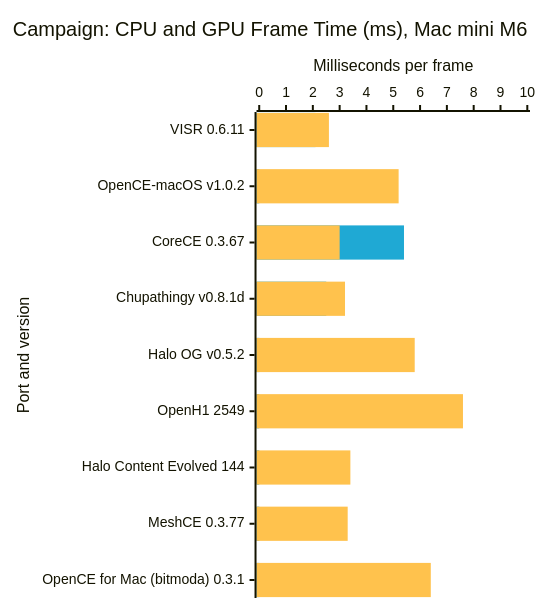
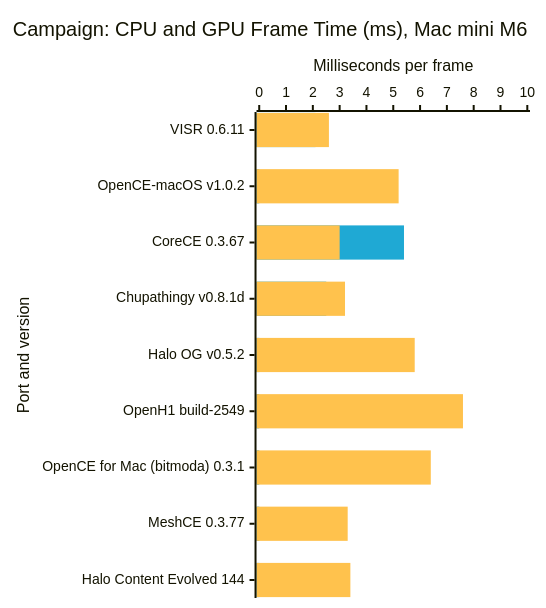
Before and after one commit to VISR-CE/visr: the first of 8 diagrams in docs/benchmarks.md, drawn with Mermaid. The commit also changed other lines of this file and 11 other files, not shown here.

First line of the commit message:
🐛 fix(bench): fix review blockers — LF endings, an OpenH1 release link, no public VISR control row; check bytes and every port

````diff
--- a/docs/benchmarks.md
+++ b/docs/benchmarks.md
@@ -19,17 +19,17 @@
 ```mermaid
 ---
 config:
   xyChart:
     width: 520
     height: 588
   themeVariables:
     xyChart:
       plotColorPalette: "#1fa9d4, #ffc24d"
 ---
 xychart-beta horizontal
     title "Campaign: CPU and GPU Frame Time (ms), Mac mini M6"
-    x-axis "Port and version" ["VISR 0.6.11", "OpenCE-macOS v1.0.2", "CoreCE 0.3.67", "Chupathingy v0.8.1d", "Halo OG v0.5.2", "OpenH1 2549", "Halo Content Evolved 144", "MeshCE 0.3.77", "OpenCE for Mac (bitmoda) 0.3.1"]
+    x-axis "Port and version" ["VISR 0.6.11", "OpenCE-macOS v1.0.2", "CoreCE 0.3.67", "Chupathingy v0.8.1d", "Halo OG v0.5.2", "OpenH1 build-2549", "OpenCE for Mac (bitmoda) 0.3.1", "MeshCE 0.3.77", "Halo Content Evolved 144"]
     y-axis "Milliseconds per frame" 0 --> 10
     bar [2.1, 0, 5.4, 2.5, 0, 0, 0, 0, 0]
-    bar [2.6, 5.2, 3, 3.2, 5.8, 7.6, 3.4, 3.3, 6.4]
+    bar [2.6, 5.2, 3, 3.2, 5.8, 7.6, 6.4, 3.3, 3.4]
 ```
````
